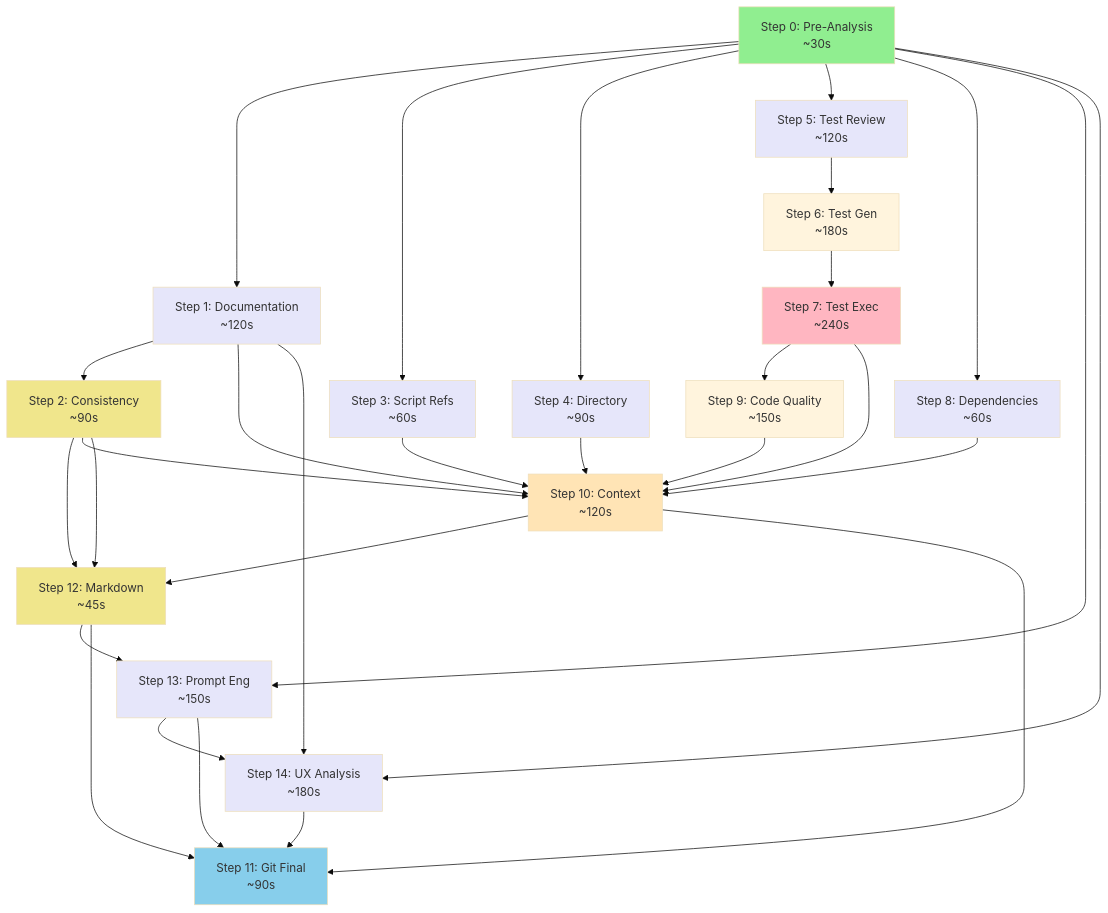
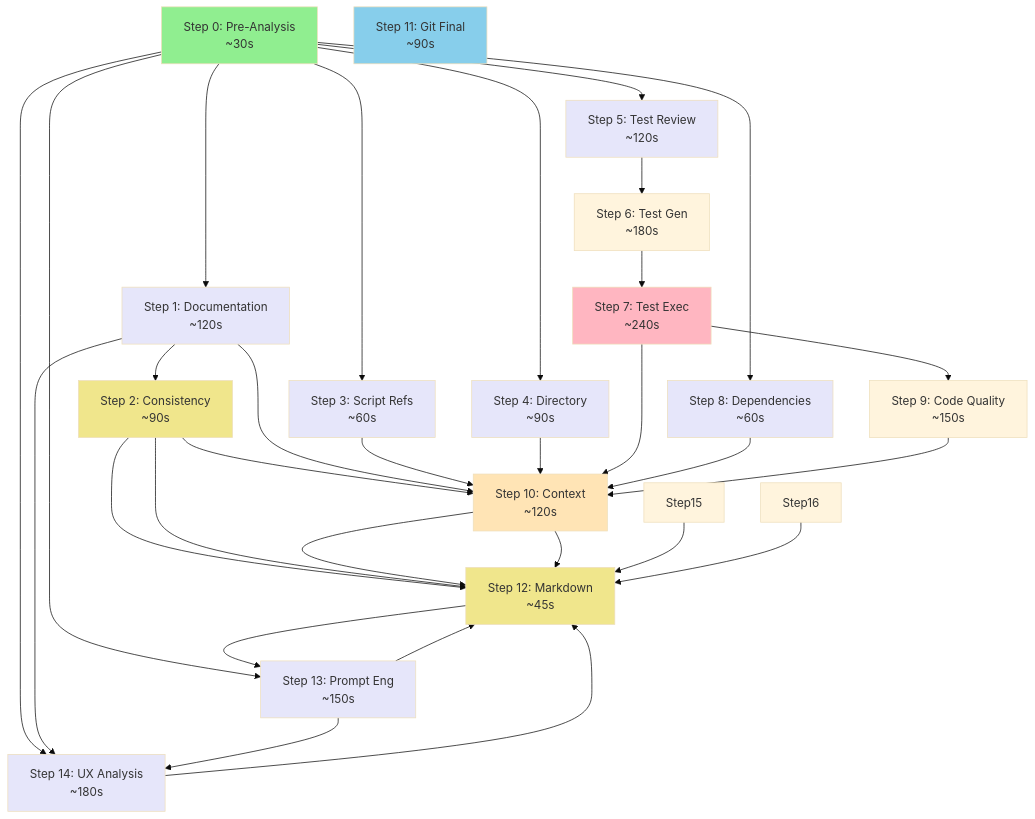
Before and after one commit to mpbarbosa/ai_workflow: the second of 18 diagrams in docs/reference/workflow-diagrams.md, drawn with Mermaid (base theme). The commit also changed other lines of this file and 55 other files, not shown here.

````diff
--- a/docs/reference/workflow-diagrams.md
+++ b/docs/reference/workflow-diagrams.md
@@ -65,68 +77,69 @@
 ```mermaid
 graph TD
     Step0[Step 0: Pre-Analysis<br/>~30s]
     Step1[Step 1: Documentation<br/>~120s]
     Step2[Step 2: Consistency<br/>~90s]
     Step3[Step 3: Script Refs<br/>~60s]
     Step4[Step 4: Directory<br/>~90s]
     Step5[Step 5: Test Review<br/>~120s]
     Step6[Step 6: Test Gen<br/>~180s]
     Step7[Step 7: Test Exec<br/>~240s]
     Step8[Step 8: Dependencies<br/>~60s]
     Step9[Step 9: Code Quality<br/>~150s]
     Step10[Step 10: Context<br/>~120s]
     Step11[Step 11: Git Final<br/>~90s]
     Step12[Step 12: Markdown<br/>~45s]
     Step13[Step 13: Prompt Eng<br/>~150s]
     Step14[Step 14: UX Analysis<br/>~180s]
     
     %% Pre-Analysis dependencies
     Step0 --> Step1
     Step0 --> Step3
     Step0 --> Step4
     Step0 --> Step5
     Step0 --> Step8
     Step0 --> Step13
     Step0 --> Step14
     
     %% Documentation track
     Step1 --> Step2
     Step2 --> Step12
     Step2 --> Step10
     
     %% Test pipeline
     Step5 --> Step6
     Step6 --> Step7
     Step7 --> Step9
     
     %% Context analysis convergence
     Step1 --> Step10
     Step3 --> Step10
     Step4 --> Step10
     Step7 --> Step10
     Step8 --> Step10
     Step9 --> Step10
     
     %% Validation and analysis steps before finalization
     Step1 --> Step14
     Step2 --> Step12
     Step10 --> Step12
     Step12 --> Step13
     Step13 --> Step14
     
     %% Git Finalization - MUST BE LAST
-    Step10 --> Step11
-    Step12 --> Step11
-    Step13 --> Step11
-    Step14 --> Step11
+    Step10 --> Step12
+    Step13 --> Step12
+    Step14 --> Step12
+    Step15 --> Step12
+    Step16 --> Step12
     
     style Step0 fill:#90EE90
     style Step7 fill:#FFB6C1
     style Step10 fill:#FFE4B5
     style Step11 fill:#87CEEB
     
     classDef parallel1 fill:#E6E6FA
     classDef parallel2 fill:#F0E68C
     class Step1,Step3,Step4,Step5,Step8,Step13,Step14 parallel1
     class Step2,Step12 parallel2
 ```
````
